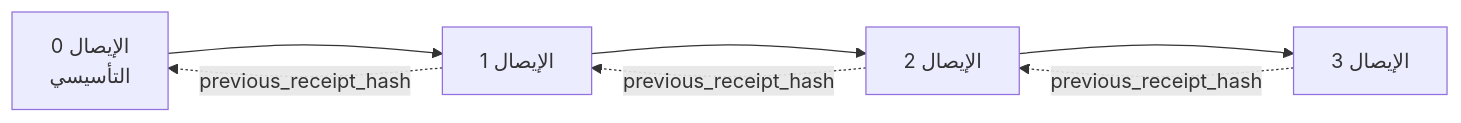
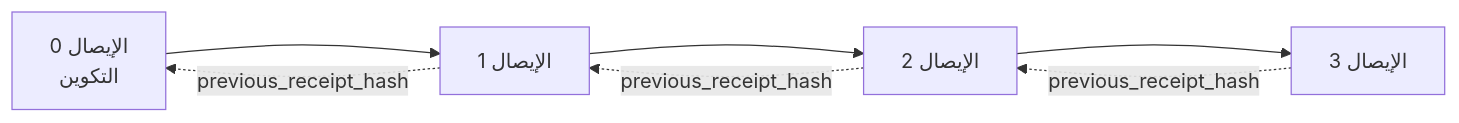
One commit to gabrielmoreira/agent-skills-mirror changed the second of 2 diagrams in mirrors/repos/microsoft@ai-agents-for-beginners/translations/ar/18-securing-ai-agents/README.md. Above: the diagram before and after it, drawn with Mermaid. The commit also changed other lines of this file and 2285 other files, not shown here.

````diff
--- a/mirrors/repos/microsoft@ai-agents-for-beginners/translations/ar/18-securing-ai-agents/README.md
+++ b/mirrors/repos/microsoft@ai-agents-for-beginners/translations/ar/18-securing-ai-agents/README.md
@@ -206,9 +206,9 @@
 ```mermaid
 flowchart LR
-    R0[الإيصال 0<br/>التأسيسي] --> R1[الإيصال 1]
+    R0[الإيصال 0<br/>التكوين] --> R1[الإيصال 1]
     R1 --> R2[الإيصال 2]
     R2 --> R3[الإيصال 3]
     R1 -. previous_receipt_hash .-> R0
     R2 -. previous_receipt_hash .-> R1
     R3 -. previous_receipt_hash .-> R2
 ```
````
